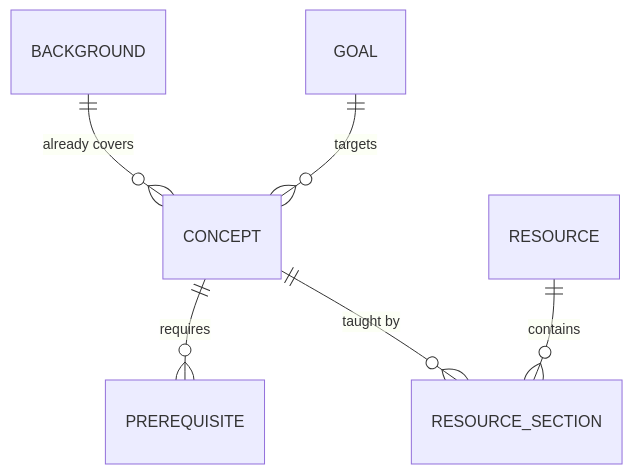
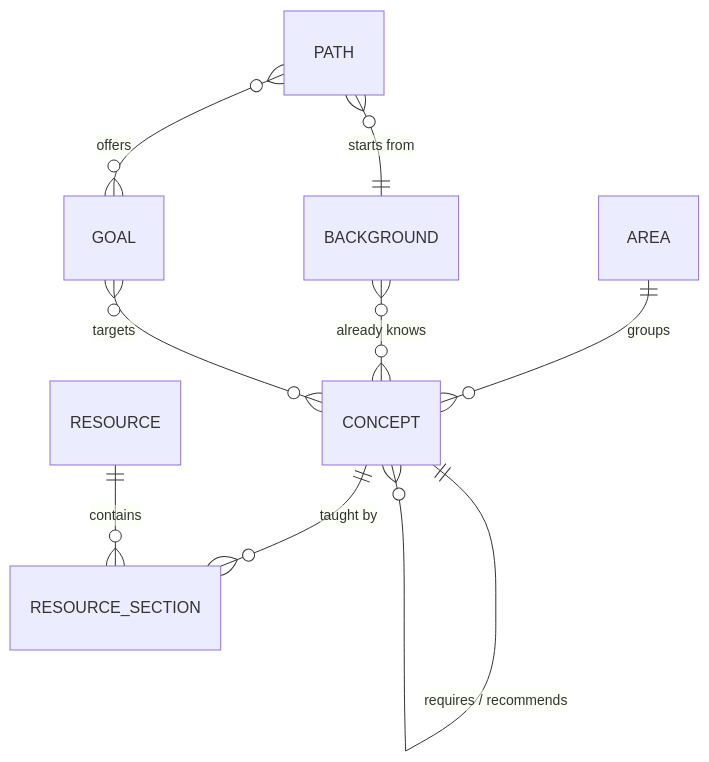
Before and after one commit to shivemn/pregraph: the first of 3 diagrams in docs/SYSTEM_DESIGN.md, drawn with Mermaid. The commit also changed other lines of this file and 6 other files, not shown here.

````diff
--- a/docs/SYSTEM_DESIGN.md
+++ b/docs/SYSTEM_DESIGN.md
@@ -61,8 +56,11 @@
 ```mermaid
 erDiagram
-    CONCEPT ||--o{ PREREQUISITE : "requires"
+    AREA ||--o{ CONCEPT : "groups"
+    CONCEPT ||--o{ CONCEPT : "requires / recommends"
     CONCEPT ||--o{ RESOURCE_SECTION : "taught by"
     RESOURCE ||--o{ RESOURCE_SECTION : "contains"
-    BACKGROUND ||--o{ CONCEPT : "already covers"
-    GOAL ||--o{ CONCEPT : "targets"
+    BACKGROUND }o--o{ CONCEPT : "already knows"
+    GOAL }o--o{ CONCEPT : "targets"
+    PATH }o--|| BACKGROUND : "starts from"
+    PATH }o--o{ GOAL : "offers"
 ```
````
